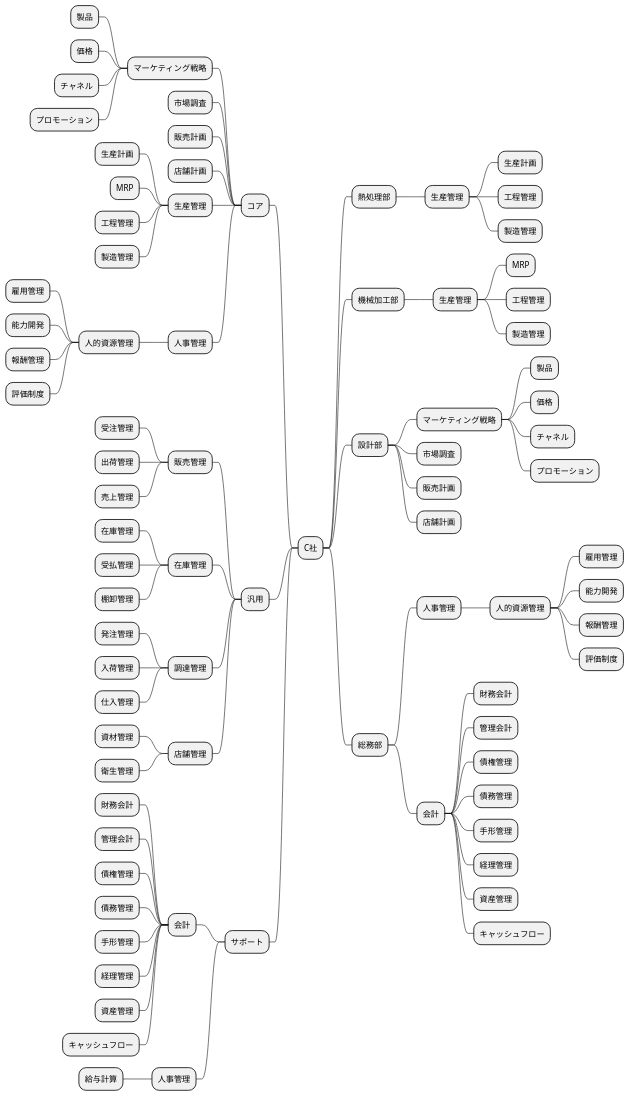
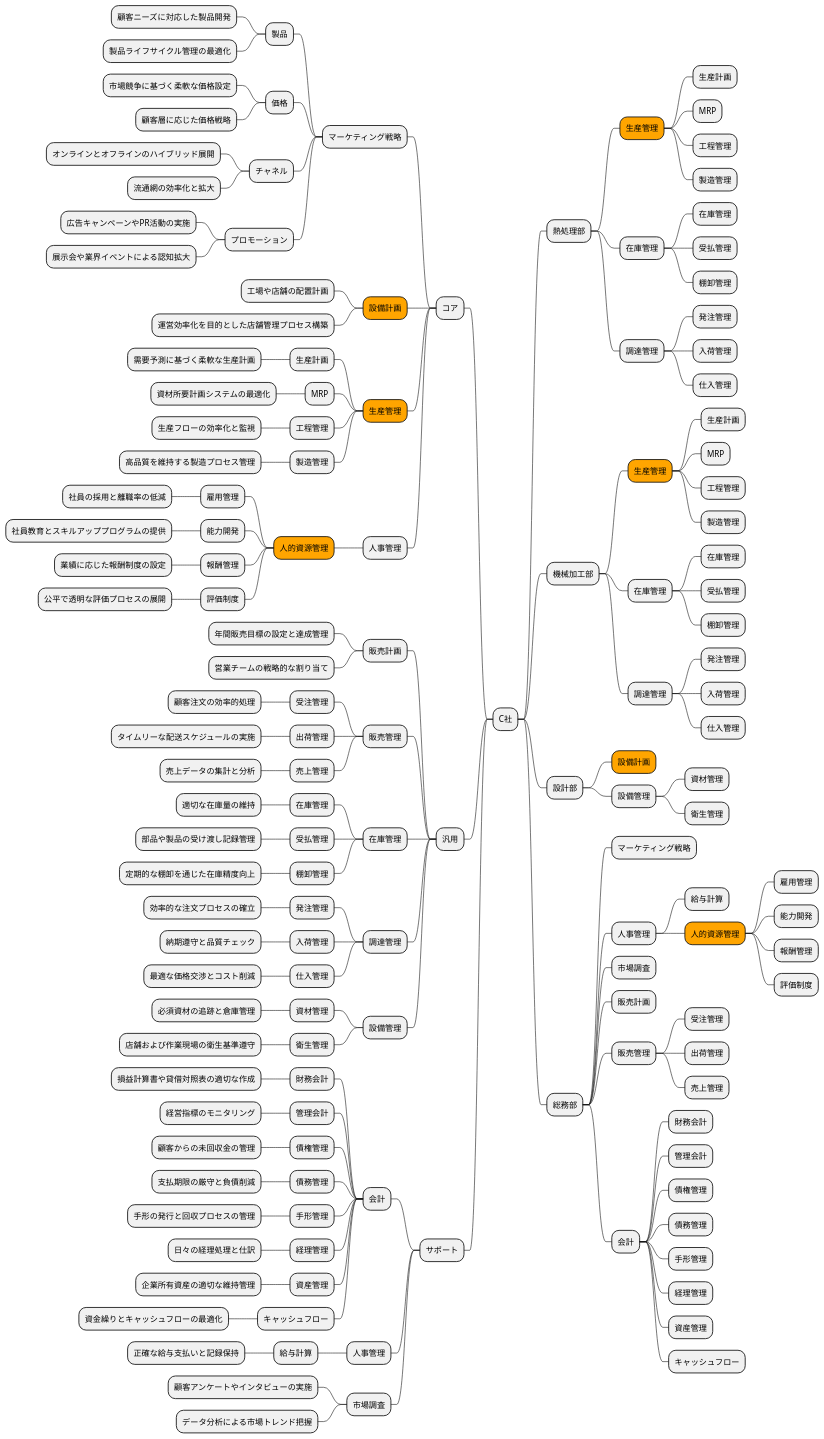
Before and after one commit to k2works/case-study-business-analysis: diagram 14 of 19 in docs/case/r01_case_3.adoc, drawn with PlantUML. The commit also changed other lines of this file, not shown here.

```diff
--- a/docs/case/r01_case_3.adoc
+++ b/docs/case/r01_case_3.adoc
@@ -701,31 +731,53 @@
 
 * C社
 ** 熱処理部
-*** 生産管理
+***[#orange] 生産管理
 **** 生産計画
-**** 工程管理
-**** 製造管理
-** 機械加工部
-*** 生産管理
 **** MRP
 **** 工程管理
 **** 製造管理
+*** 在庫管理
+**** 在庫管理
+**** 受払管理
+**** 棚卸管理
+*** 調達管理
+**** 発注管理
+**** 入荷管理
+**** 仕入管理
+** 機械加工部
+***[#orange] 生産管理
+**** 生産計画
+**** MRP
+**** 工程管理
+**** 製造管理
+*** 在庫管理
+**** 在庫管理
+**** 受払管理
+**** 棚卸管理
+*** 調達管理
+**** 発注管理
+**** 入荷管理
+**** 仕入管理
 ** 設計部
+***[#orange] 設備計画
+*** 設備管理
+**** 資材管理
+**** 衛生管理
+** 総務部
 *** マーケティング戦略
-**** 製品
-**** 価格
-**** チャネル
-**** プロモーション
-*** 市場調査
-*** 販売計画
-*** 店舗計画
-** 総務部
 *** 人事管理
-**** 人的資源管理
+**** 給与計算
+****[#orange] 人的資源管理
 ***** 雇用管理
 ***** 能力開発
 ***** 報酬管理
 ***** 評価制度
+*** 市場調査
+*** 販売計画
+*** 販売管理
+**** 受注管理
+**** 出荷管理
+**** 売上管理
 *** 会計
 **** 財務会計
 **** 管理会計
@@ -739,51 +791,93 @@
 ** コア
 *** マーケティング戦略
 **** 製品
+***** 顧客ニーズに対応した製品開発
+***** 製品ライフサイクル管理の最適化
 **** 価格
+***** 市場競争に基づく柔軟な価格設定
+***** 顧客層に応じた価格戦略
 **** チャネル
+***** オンラインとオフラインのハイブリッド展開
+***** 流通網の効率化と拡大
 **** プロモーション
-*** 市場調査
+***** 広告キャンペーンやPR活動の実施
+***** 展示会や業界イベントによる認知拡大
+***[#orange] 設備計画
+**** 工場や店舗の配置計画
+**** 運営効率化を目的とした店舗管理プロセス構築
+***[#orange] 生産管理
+**** 生産計画
+***** 需要予測に基づく柔軟な生産計画
+**** MRP
+***** 資材所要計画システムの最適化
+**** 工程管理
+***** 生産フローの効率化と監視
+**** 製造管理
+***** 高品質を維持する製造プロセス管理
+*** 人事管理
+****[#orange] 人的資源管理
+***** 雇用管理
+****** 社員の採用と離職率の低減
+***** 能力開発
+****** 社員教育とスキルアッププログラムの提供
+***** 報酬管理
+****** 業績に応じた報酬制度の設定
+***** 評価制度
+****** 公平で透明な評価プロセスの展開
+** 汎用
 *** 販売計画
-*** 店舗計画
-*** 生産管理
-**** 生産計画
-**** MRP
-**** 工程管理
-**** 製造管理
-*** 人事管理
-**** 人的資源管理
-***** 雇用管理
-***** 能力開発
-***** 報酬管理
-***** 評価制度
-** 汎用
+**** 年間販売目標の設定と達成管理
+**** 営業チームの戦略的な割り当て
 *** 販売管理
 **** 受注管理
+***** 顧客注文の効率的処理
 **** 出荷管理
+***** タイムリーな配送スケジュールの実施
 **** 売上管理
+***** 売上データの集計と分析
 *** 在庫管理
 **** 在庫管理
+***** 適切な在庫量の維持
 **** 受払管理
+***** 部品や製品の受け渡し記録管理
 **** 棚卸管理
+***** 定期的な棚卸を通じた在庫精度向上
 *** 調達管理
 **** 発注管理
+***** 効率的な注文プロセスの確立
 **** 入荷管理
+***** 納期遵守と品質チェック
 **** 仕入管理
-*** 店舗管理
+***** 最適な価格交渉とコスト削減
+*** 設備管理
 **** 資材管理
+***** 必須資材の追跡と倉庫管理
 **** 衛生管理
+***** 店舗および作業現場の衛生基準遵守
 ** サポート
 *** 会計
 **** 財務会計
+***** 損益計算書や貸借対照表の適切な作成
 **** 管理会計
+***** 経営指標のモニタリング
 **** 債権管理
+***** 顧客からの未回収金の管理
 **** 債務管理
+***** 支払期限の厳守と負債削減
 **** 手形管理
+***** 手形の発行と回収プロセスの管理
 **** 経理管理
+***** 日々の経理処理と仕訳
 **** 資産管理
+***** 企業所有資産の適切な維持管理
 **** キャッシュフロー
+***** 資金繰りとキャッシュフローの最適化
 *** 人事管理
 **** 給与計算
+***** 正確な給与支払いと記録保持
+*** 市場調査
+**** 顧客アンケートやインタビューの実施
+**** データ分析による市場トレンド把握
 
 @endmindmap
 ----
```
